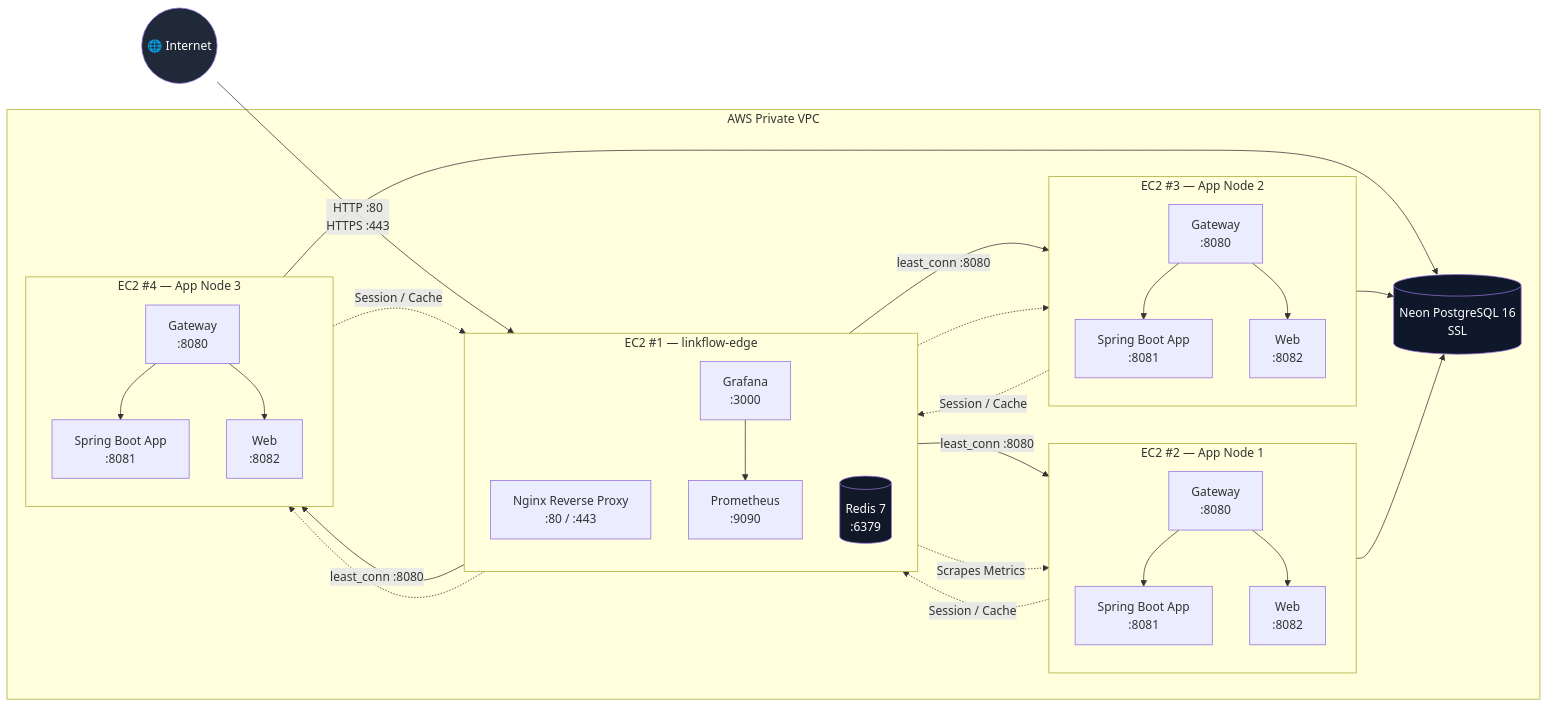
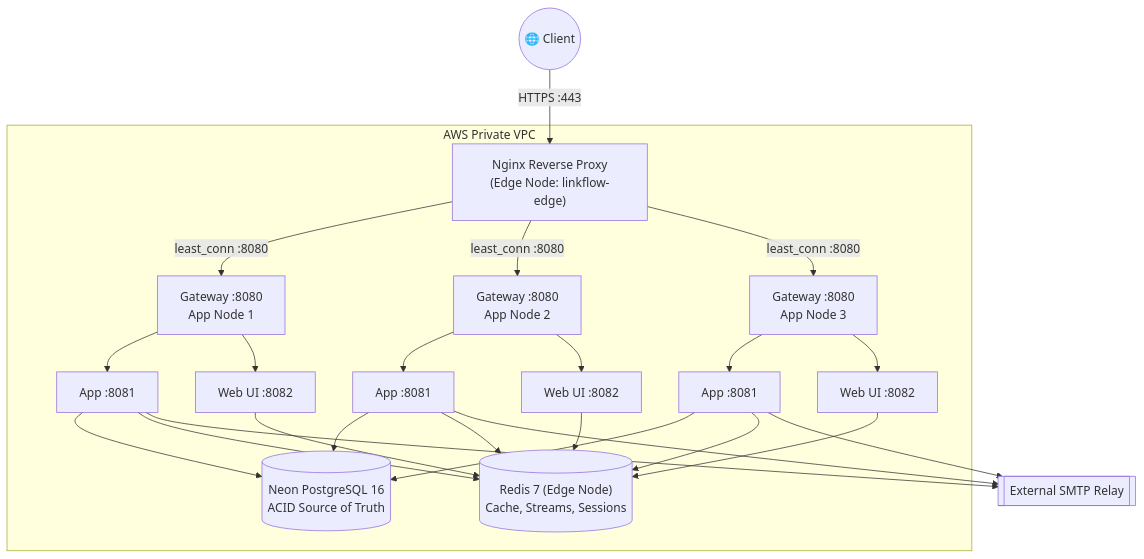
Before and after one commit to SlayerBit/linkflow: the first of 6 diagrams in README.md, drawn with Mermaid. The commit also changed other lines of this file and 4 other files, not shown here.

Commit message:
docs: update production architecture, deployment, and redesign README for linkflow.slayerbit.me

````diff
--- a/README.md
+++ b/README.md
@@ -70,67 +92,20 @@
 ```mermaid
-flowchart LR
-    Internet((🌐 Internet))
-
-    Internet -->|HTTP :80<br/>HTTPS :443| Nginx
+flowchart TB
+    Client((🌐 Client)) -->|HTTPS :443| Nginx["Nginx Reverse Proxy<br/>(Edge Node: linkflow-edge)"]
 
     subgraph VPC["AWS Private VPC"]
+        Nginx -->|"least_conn :8080"| GW1["Gateway :8080<br/>App Node 1"]
+        Nginx -->|"least_conn :8080"| GW2["Gateway :8080<br/>App Node 2"]
+        Nginx -->|"least_conn :8080"| GW3["Gateway :8080<br/>App Node 3"]
 
-        subgraph EC1["EC2 #1 — linkflow-edge"]
-            direction TB
-            Grafana[Grafana<br/>:3000]
-            Prometheus[Prometheus<br/>:9090]
-            Nginx[Nginx Reverse Proxy<br/>:80 / :443]
-            Redis[(Redis 7<br/>:6379)]
-            Grafana --> Prometheus
-        end
+        GW1 --> App1["App :8081"] & Web1["Web UI :8082"]
+        GW2 --> App2["App :8081"] & Web2["Web UI :8082"]
+        GW3 --> App3["App :8081"] & Web3["Web UI :8082"]
 
-        subgraph EC2["EC2 #2 — App Node 1"]
-            direction TB
-            GW1[Gateway<br/>:8080]
-            APP1[Spring Boot App<br/>:8081]
-            WEB1[Web<br/>:8082]
-            GW1 --> APP1
-            GW1 --> WEB1
-        end
-
-        subgraph EC3["EC2 #3 — App Node 2"]
-            direction TB
-            GW2[Gateway<br/>:8080]
-            APP2[Spring Boot App<br/>:8081]
-            WEB2[Web<br/>:8082]
-            GW2 --> APP2
-            GW2 --> WEB2
-        end
-
-        subgraph EC4["EC2 #4 — App Node 3"]
-            direction TB
-            GW3[Gateway<br/>:8080]
-            APP3[Spring Boot App<br/>:8081]
-            WEB3[Web<br/>:8082]
-            GW3 --> APP3
-            GW3 --> WEB3
-        end
-
-        DB[(Neon PostgreSQL 16<br/>SSL)]
+        App1 & App2 & App3 --> PG[(Neon PostgreSQL 16<br/>ACID Source of Truth)]
+        App1 & App2 & App3 --> Redis[("Redis 7 (Edge Node)<br/>Cache, Streams, Sessions")]
+        Web1 & Web2 & Web3 --> Redis
     end
 
-    Nginx -->|least_conn :8080| GW1
-    Nginx -->|least_conn :8080| GW2
-    Nginx -->|least_conn :8080| GW3
-
-    APP1 --> DB
-    APP2 --> DB
-    APP3 --> DB
-
-    APP1 -. Session / Cache .-> Redis
-    APP2 -. Session / Cache .-> Redis
-    APP3 -. Session / Cache .-> Redis
-
-    Prometheus -. Scrapes Metrics .-> APP1
-    Prometheus -.-> APP2
-    Prometheus -.-> APP3
-
-    style Internet fill:#1f2937,color:#fff
-    style DB fill:#0f172a,color:#fff
-    style Redis fill:#111827,color:#fff
+    App1 & App2 & App3 --> SMTP[[External SMTP Relay]]
 ```
````
